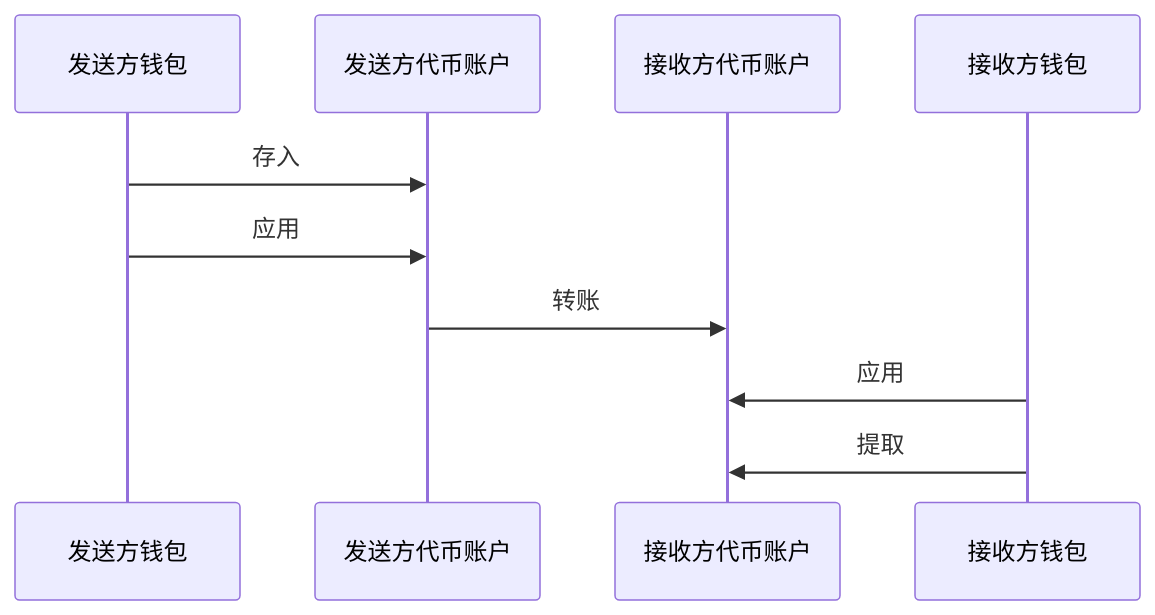
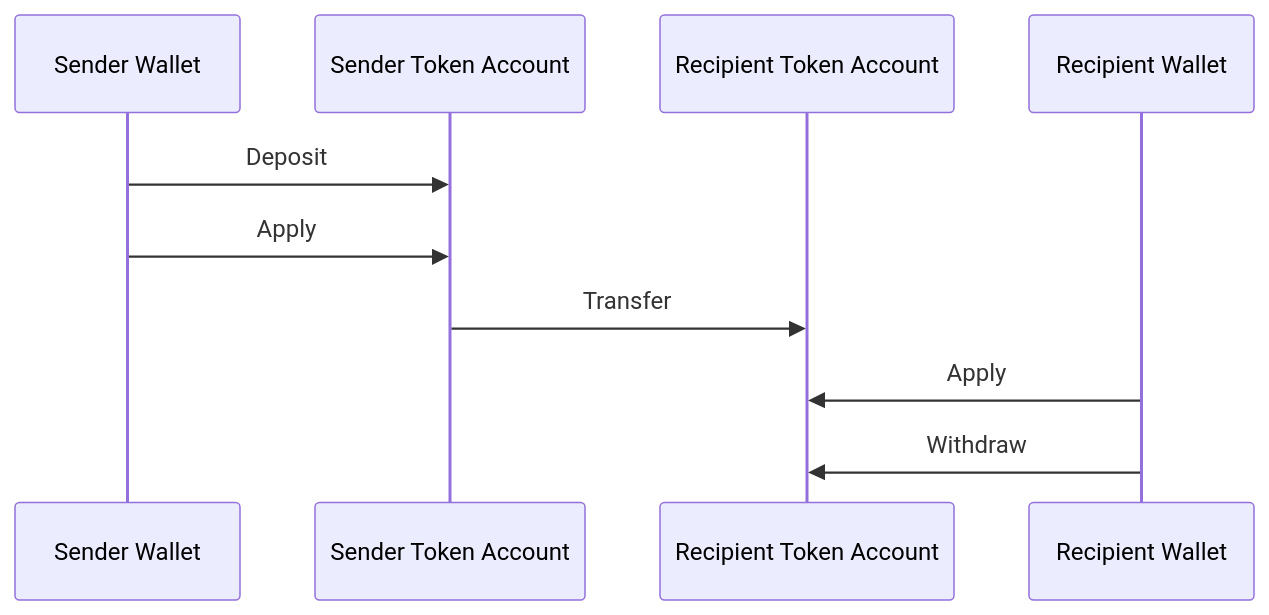
The first of 2 diagrams in content/docs/zh/tokens/extensions/confidential-transfer/index.mdx (solana-foundation/solana-com), drawn with Mermaid before and after one commit. The commit also changed other lines of this file and 38 other files, not shown here.

````diff
--- a/content/docs/zh/tokens/extensions/confidential-transfer/index.mdx
+++ b/content/docs/zh/tokens/extensions/confidential-transfer/index.mdx
@@ -20,17 +20,17 @@
 ```mermaid title="Confidential Transfer Basic Overview"
     sequenceDiagram
 
-    participant A as 发送方钱包
-    participant AA as 发送方代币账户
-    participant BB as 接收方代币账户
-    participant B as 接收方钱包
+    participant A as Sender Wallet
+    participant AA as Sender Token Account
+    participant BB as Recipient Token Account
+    participant B as Recipient Wallet
 
-    A->>AA: 存入
-    A->>AA: 应用
+    A->>AA: Deposit
+    A->>AA: Apply
 
-    AA->>BB: 转账
-    B->>BB: 应用
+    AA->>BB: Transfer
+    B->>BB: Apply
 
-    B->>BB: 提取
+    B->>BB: Withdraw
 
 ```
````
